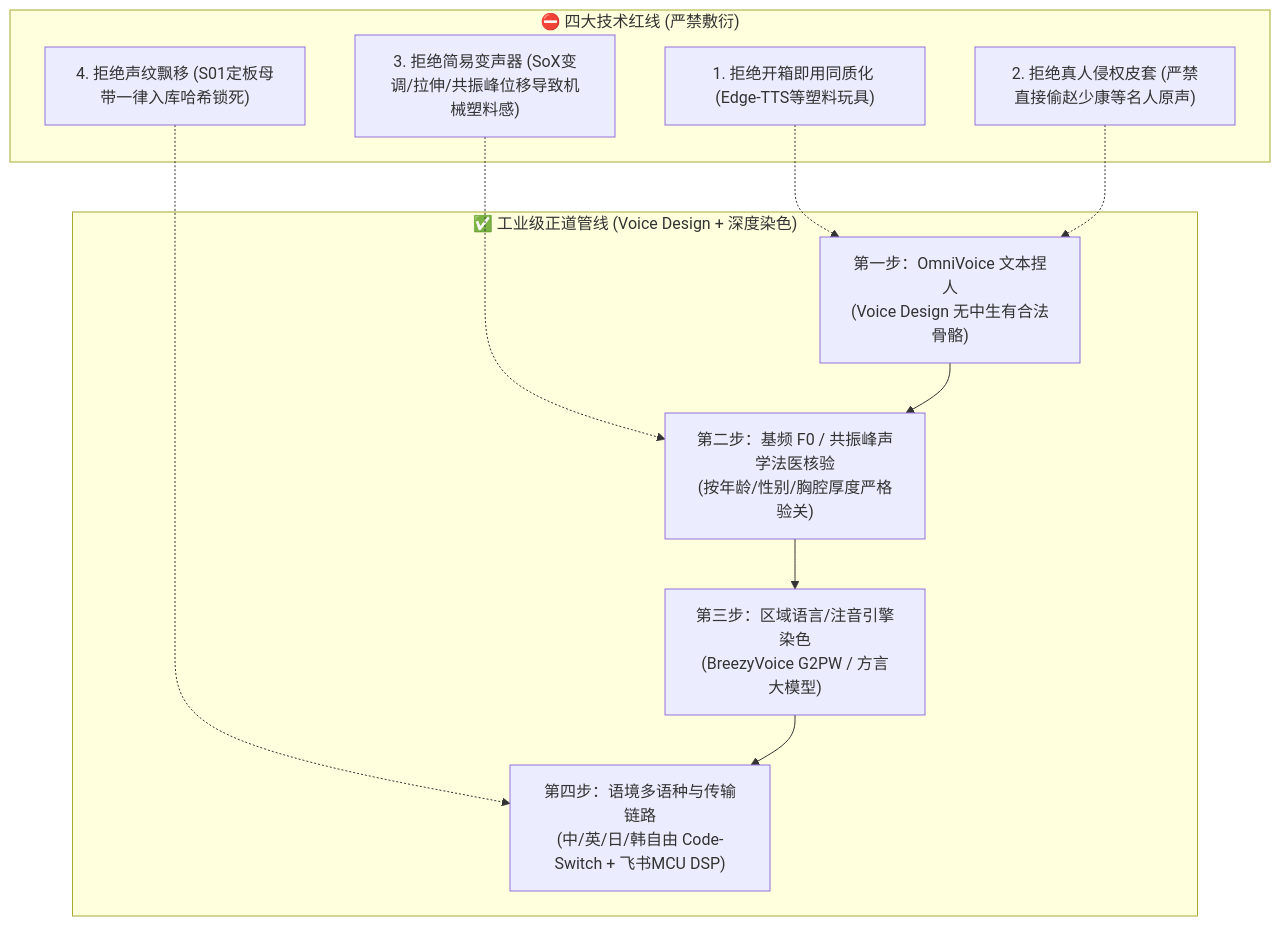
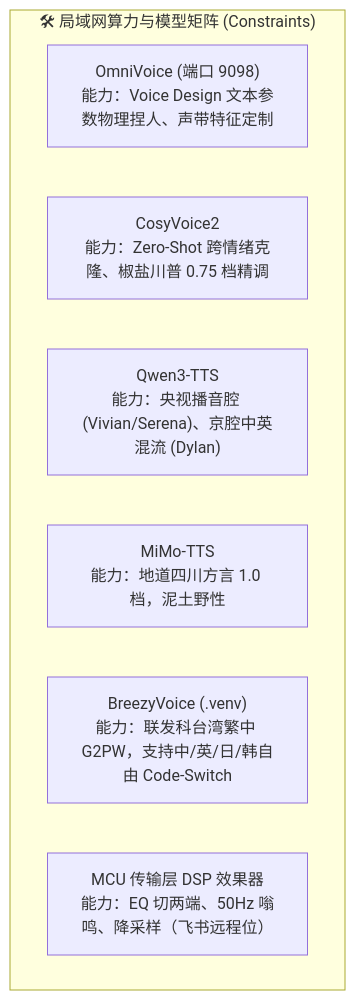
One commit to Seek-Key-LTD/kunpengzhi-podcast changed the diagram in voices/README.md. Above: the diagram before and after it, drawn with Mermaid. The commit also changed other lines of this file and 15 other files, not shown here.

````diff
--- a/voices/README.md
+++ b/voices/README.md
@@ -36,22 +14,11 @@
 ```mermaid
 flowchart TD
-    subgraph 拒绝原则["⛔ 四大技术红线 (严禁敷衍)"]
-        R1["1. 拒绝开箱即用同质化 (Edge-TTS等塑料玩具)"]
-        R2["2. 拒绝真人侵权皮套 (严禁直接偷赵少康等名人原声)"]
-        R3["3. 拒绝简易变声器 (SoX变调/拉伸/共振峰位移导致机械塑料感)"]
-        R4["4. 拒绝声纹飘移 (S01定板母带一律入库哈希锁死)"]
+    subgraph 现有可用算力引擎["🛠 局域网算力与模型矩阵 (Constraints)"]
+        M1["OmniVoice (端口 9098)<br/>能力：Voice Design 文本参数物理捏人、声带特征定制"]
+        M2["CosyVoice2<br/>能力：Zero-Shot 跨情绪克隆、椒盐川普 0.75 档精调"]
+        M3["Qwen3-TTS<br/>能力：央视播音腔 (Vivian/Serena)、京腔中英混流 (Dylan)"]
+        M4["MiMo-TTS<br/>能力：地道四川方言 1.0 档，泥土野性"]
+        M5["BreezyVoice (.venv)<br/>能力：联发科台湾繁中 G2PW，支持中/英/日/韩自由 Code-Switch"]
+        DSP["MCU 传输层 DSP 效果器<br/>能力：EQ 切两端、50Hz 嗡鸣、降采样（飞书远程位）"]
     end
-
-    subgraph 正道管线["✅ 工业级正道管线 (Voice Design + 深度染色)"]
-        P1["第一步：OmniVoice 文本捏人<br/>(Voice Design 无中生有合法骨骼)"]
-        P2["第二步：基频 F0 / 共振峰声学法医核验<br/>(按年龄/性别/胸腔厚度严格验关)"]
-        P3["第三步：区域语言/注音引擎染色<br/>(BreezyVoice G2PW / 方言大模型)"]
-        P4["第四步：语境多语种与传输链路<br/>(中/英/日/韩自由 Code-Switch + 飞书MCU DSP)"]
-    end
-
-    R1 -.-> P1
-    R2 -.-> P1
-    R3 -.-> P2
-    R4 -.-> P4
-    P1 --> P2 --> P3 --> P4
 ```
````
